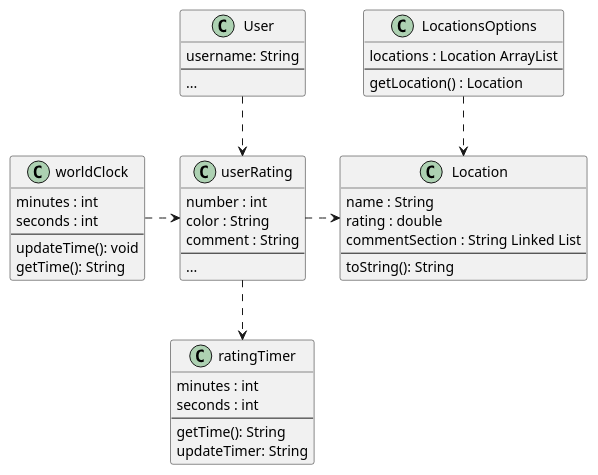
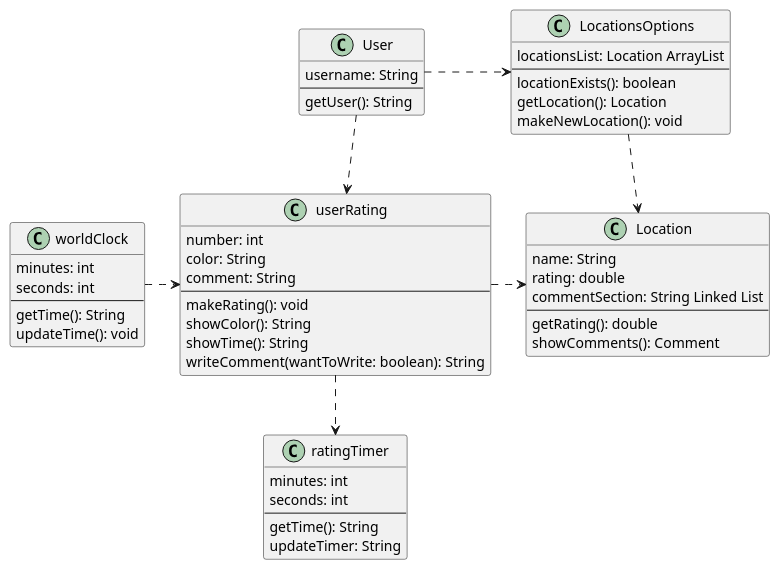
The second of 2 diagrams in intellij/documentation/design.md (manoushpajouh/Vassar-Crowdmeter), drawn with PlantUML before and after one commit. The commit also changed other lines of this file, not shown here.

Commit message:
filled out design class diagram

````diff
--- a/intellij/documentation/design.md
+++ b/intellij/documentation/design.md
@@ -62,56 +57,63 @@
 ```plantuml
 @startuml
 
 class User{
 username: String
 --
-...
+getUser(): String
+}
+
+class userRating{
+number: int
+color: String
+comment: String
+--
+makeRating(): void
+showColor(): String 
+showTime(): String
+writeComment(wantToWrite: boolean): String
 }
 
 class LocationsOptions{
-locations : Location ArrayList 
+locationsList: Location ArrayList 
 --
-getLocation() : Location
+locationExists(): boolean
+getLocation(): Location
+makeNewLocation(): void
 }
 
 class Location {
-name : String
-rating : double
-commentSection : String Linked List 
+name: String
+rating: double
+commentSection: String Linked List 
 --
-toString(): String
+getRating(): double
+showComments(): Comment
 }
 
 class ratingTimer{
-minutes : int
-seconds : int
+minutes: int
+seconds: int
 --
 getTime(): String 
 updateTimer: String
 }
 
 class worldClock{
-minutes : int
-seconds : int
+minutes: int
+seconds: int
 --
+getTime(): String
 updateTime(): void
-getTime(): String
-}
-
-class userRating{
-number : int
-color : String
-comment : String
---
-...
 }
 
 
 User .down.> userRating
+User .> LocationsOptions
 userRating .right.> Location
 LocationsOptions .down.> Location
 userRating .down.> ratingTimer
 worldClock .right.> userRating
 
 @enduml
 ```
````
